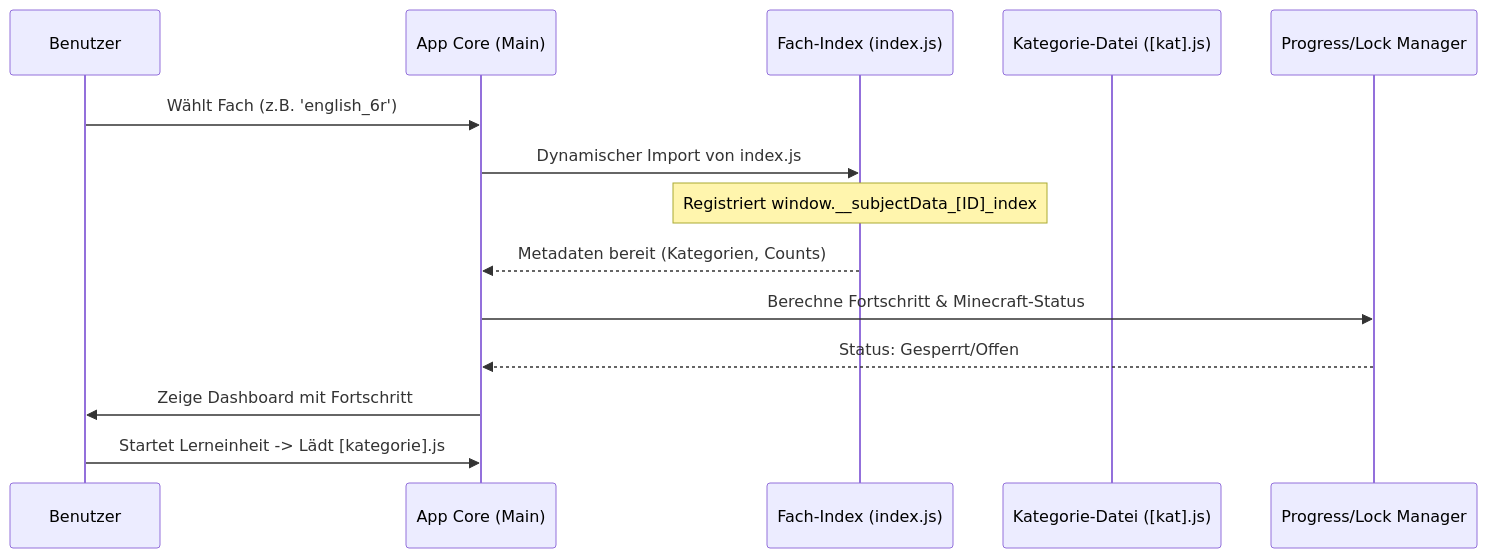
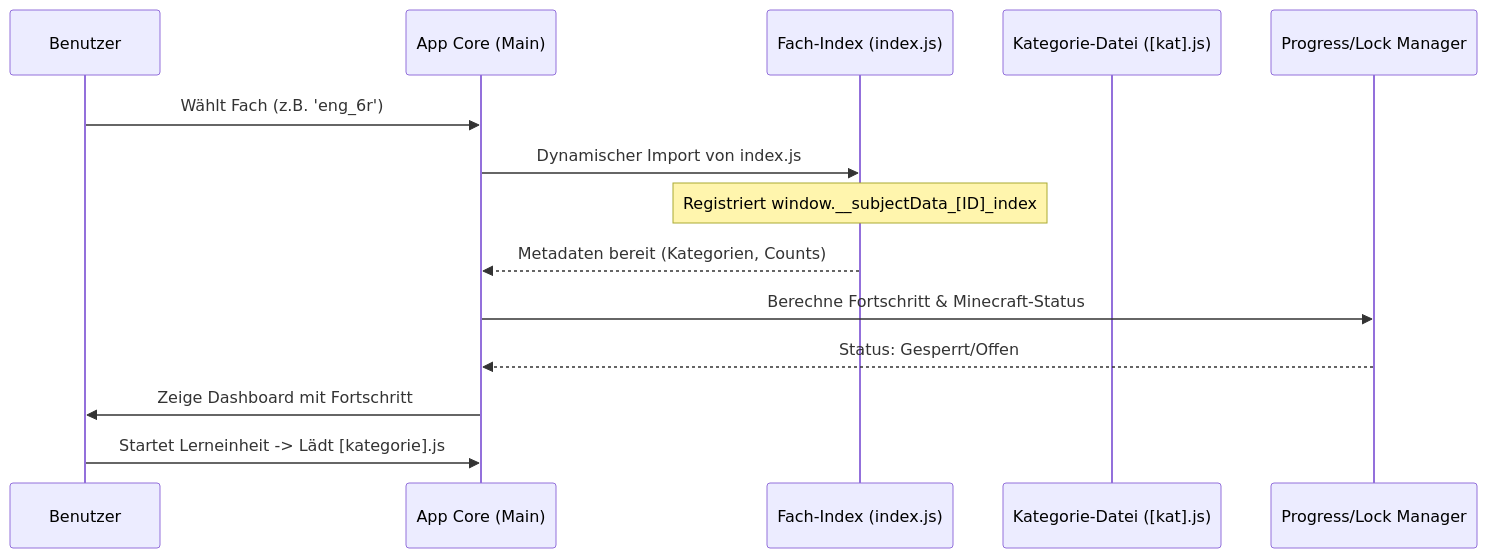
One commit to Flux78/LernApp changed the second of 3 diagrams in documentation.md. Above: the diagram before and after it, drawn with Mermaid. The commit also changed other lines of this file and 112 other files, not shown here.

````diff
--- a/documentation.md
+++ b/documentation.md
@@ -61,17 +72,17 @@
 ```mermaid
 sequenceDiagram
     participant User as Benutzer
     participant Core as App Core (Main)
     participant Index as Fach-Index (index.js)
     participant Questions as Kategorie-Datei ([kat].js)
     participant State as Progress/Lock Manager
 
-    User->>Core: Wählt Fach (z.B. 'english_6r')
+    User->>Core: Wählt Fach (z.B. 'eng_6r')
     Core->>Index: Dynamischer Import von index.js
     Note over Index: Registriert window.__subjectData_[ID]_index
     Index-->>Core: Metadaten bereit (Kategorien, Counts)
     Core->>State: Berechne Fortschritt & Minecraft-Status
     State-->>Core: Status: Gesperrt/Offen
     Core->>User: Zeige Dashboard mit Fortschritt
     User->>Core: Startet Lerneinheit -> Lädt [kategorie].js
 ```
````
